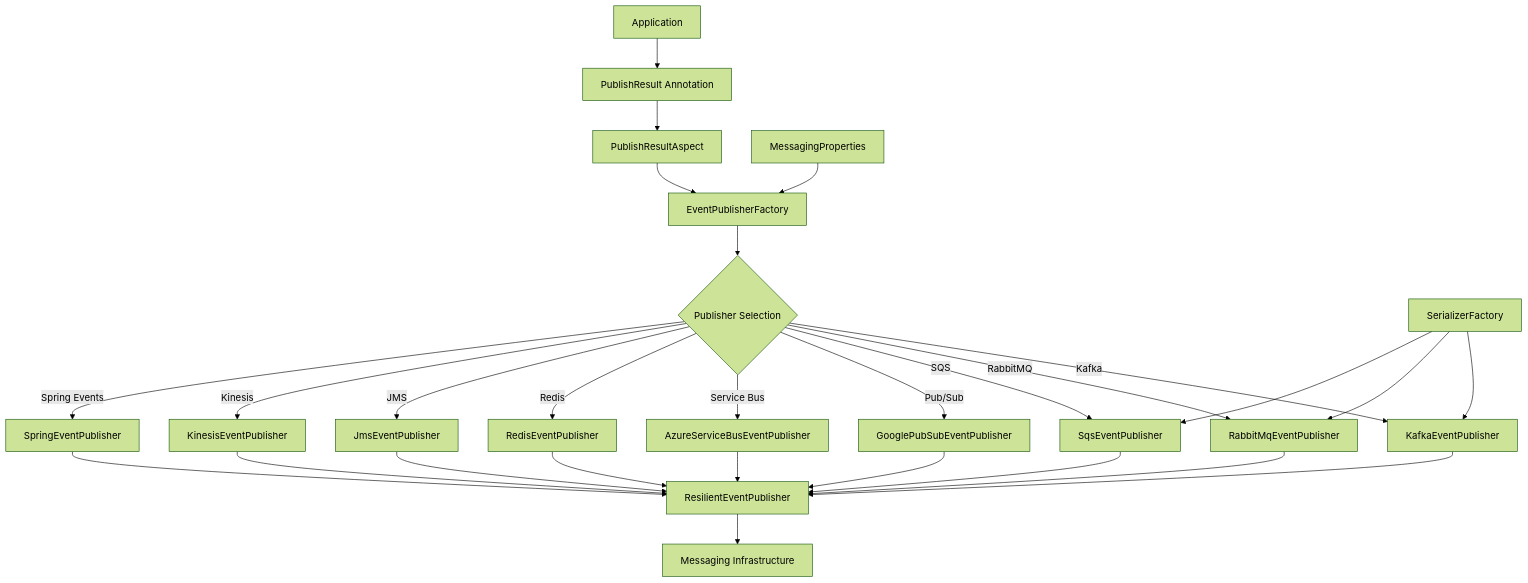
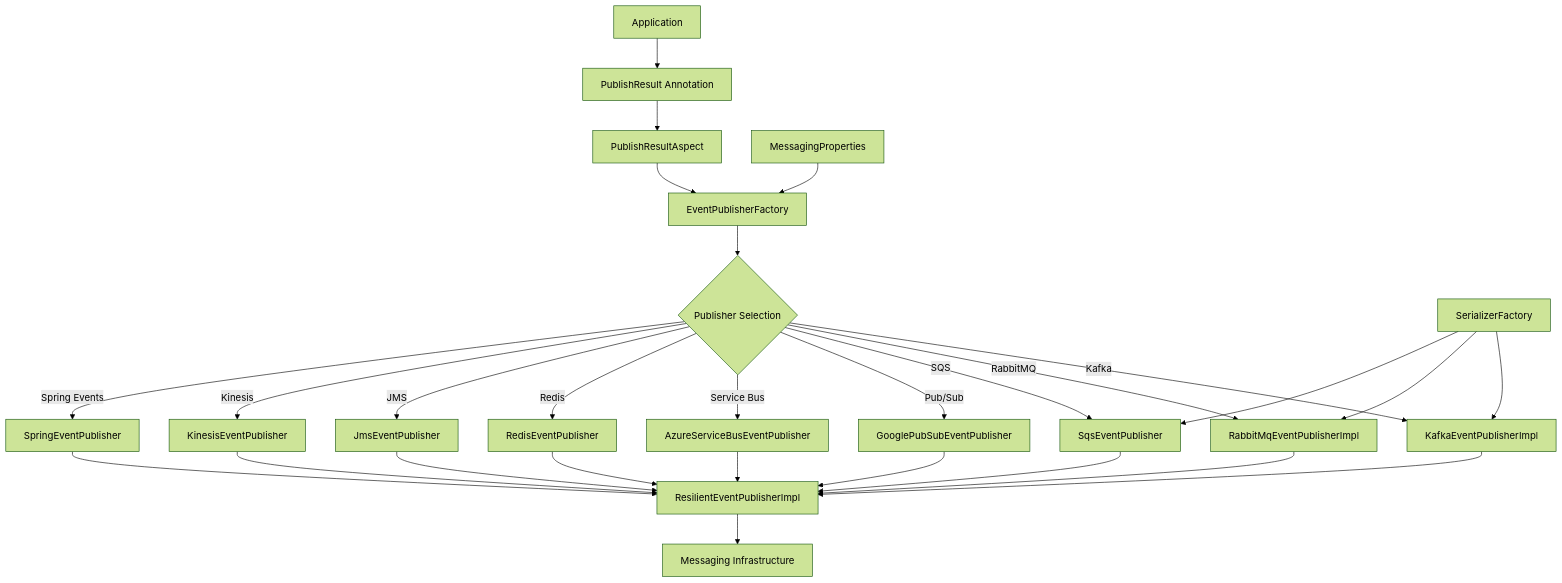
Before and after one commit to fireflyframework/fireflyframework-jafly: the first of 8 diagrams in modules/starter-core/docs/ARCHITECTURE.md, drawn with Mermaid (forest theme). The commit also changed other lines of this file and 1166 other files, not shown here.

````diff
--- a/modules/starter-core/docs/ARCHITECTURE.md
+++ b/modules/starter-core/docs/ARCHITECTURE.md
@@ -128,34 +128,34 @@
 ```mermaid
 graph TB
     A[Application] --> B[PublishResult Annotation]
     B --> C[PublishResultAspect]
     C --> D[EventPublisherFactory]
     D --> E{Publisher Selection}
     
-    E -->|Kafka| F[KafkaEventPublisher]
-    E -->|RabbitMQ| G[RabbitMqEventPublisher] 
+    E -->|Kafka| F[KafkaEventPublisherImpl]
+    E -->|RabbitMQ| G[RabbitMqEventPublisherImpl]
     E -->|SQS| H[SqsEventPublisher]
     E -->|Pub/Sub| I[GooglePubSubEventPublisher]
     E -->|Service Bus| J[AzureServiceBusEventPublisher]
     E -->|Redis| K[RedisEventPublisher]
     E -->|JMS| L[JmsEventPublisher]
     E -->|Kinesis| M[KinesisEventPublisher]
     E -->|Spring Events| N[SpringEventPublisher]
     
-    F --> O[ResilientEventPublisher]
+    F --> O[ResilientEventPublisherImpl]
     G --> O
     H --> O
     I --> O
     J --> O
     K --> O
     L --> O
     M --> O
     N --> O
     
     O --> P[Messaging Infrastructure]
     
     Q[MessagingProperties] --> D
     R[SerializerFactory] --> F
     R --> G
     R --> H
 ```
````
